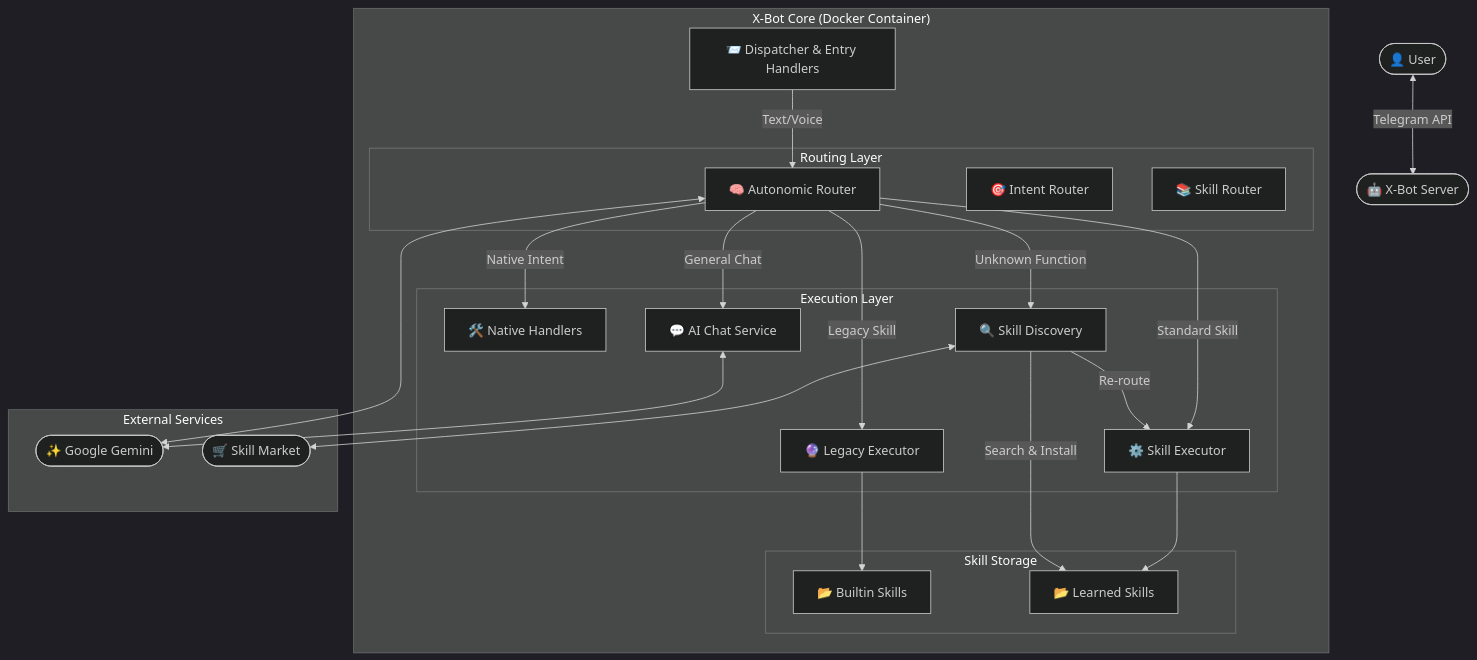
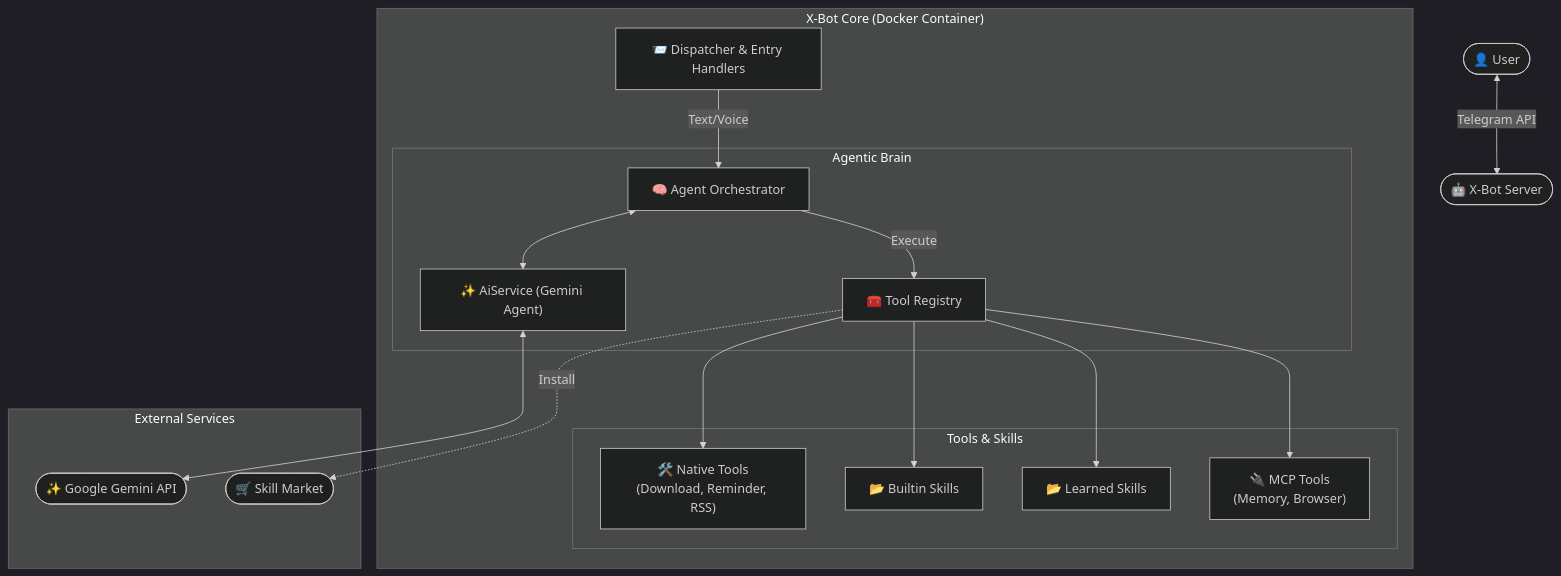
One commit to glwlg/X-bot changed the diagram in DEVELOPMENT.md. Above: the diagram before and after it, drawn with Mermaid (dark theme). The commit also changed other lines of this file and 35 other files, not shown here.

````diff
--- a/DEVELOPMENT.md
+++ b/DEVELOPMENT.md
@@ -9,50 +9,39 @@
 ```mermaid
 graph TD
     User(["👤 User"]) <-->|Telegram API| Bot(["🤖 X-Bot Server"])
 
     subgraph "X-Bot Core (Docker Container)"
         Dispatcher["📨 Dispatcher & Entry Handlers"]
         
-        subgraph "Routing Layer"
-            AR["🧠 Autonomic Router"]
-            IR["🎯 Intent Router"]
-            SR["📚 Skill Router"]
+        subgraph "Agentic Brain"
+            AO["🧠 Agent Orchestrator"]
+            TR["🧰 Tool Registry"]
+            AI["✨ AiService (Gemini Agent)"]
+        end
+        
+        subgraph "Tools & Skills"
+            NativeTools["🛠️ Native Tools\n(Download, Reminder, RSS)"]
+            BuiltinSkills["📂 Builtin Skills"]
+            LearnedSkills["📂 Learned Skills"]
+            MCP["🔌 MCP Tools\n(Memory, Browser)"]
         end
 
-        subgraph "Execution Layer"
-            Executor["⚙️ Skill Executor"]
-            LegacyExec["🔮 Legacy Executor"]
-            NativeH["🛠️ Native Handlers"]
-            Discovery["🔍 Skill Discovery"]
-            GeminiChat["💬 AI Chat Service"]
-        end
+        Dispatcher -->|Text/Voice| AO
         
-        subgraph "Skill Storage"
-            Builtin["📂 Builtin Skills"]
-            Learned["📂 Learned Skills"]
-        end
-
-        Dispatcher -->|Text/Voice| AR
+        AO <--> AI
+        AO -->|Execute| TR
         
-        AR -->|Standard Skill| Executor
-        AR -->|Legacy Skill| LegacyExec
-        AR -->|Native Intent| NativeH
-        AR -->|Unknown Function| Discovery
-        AR -->|General Chat| GeminiChat
-
-        Executor --> Learned
-        LegacyExec --> Builtin
-        
-        Discovery -->|Search & Install| Learned
-        Discovery -->|Re-route| Executor
+        TR --> NativeTools
+        TR --> BuiltinSkills
+        TR --> LearnedSkills
+        TR --> MCP
     end
 
     subgraph "External Services"
-        Gemini(["✨ Google Gemini"])
+        Gemini(["✨ Google Gemini API"])
         Market(["🛒 Skill Market"])
     end
 
-    AR <--> Gemini
-    GeminiChat <--> Gemini
-    Discovery <--> Market
+    AI <--> Gemini
+    TR -.->|Install| Market
 ```
````
